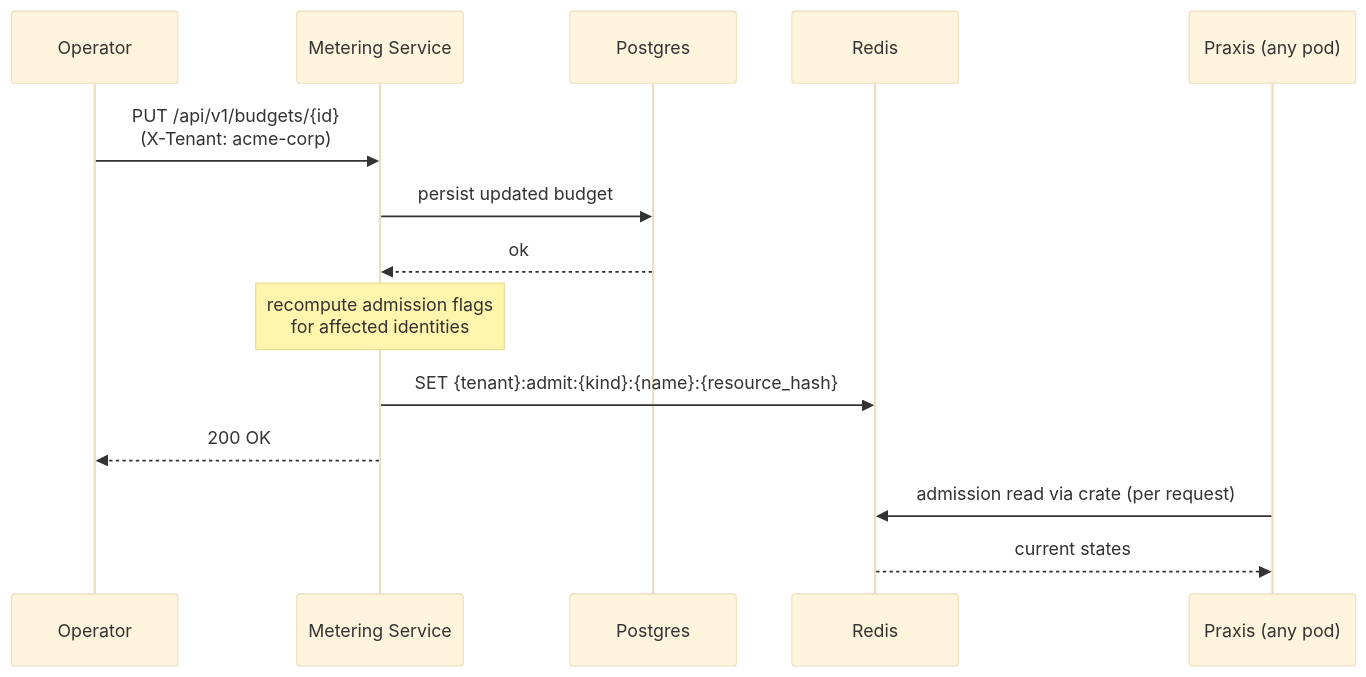
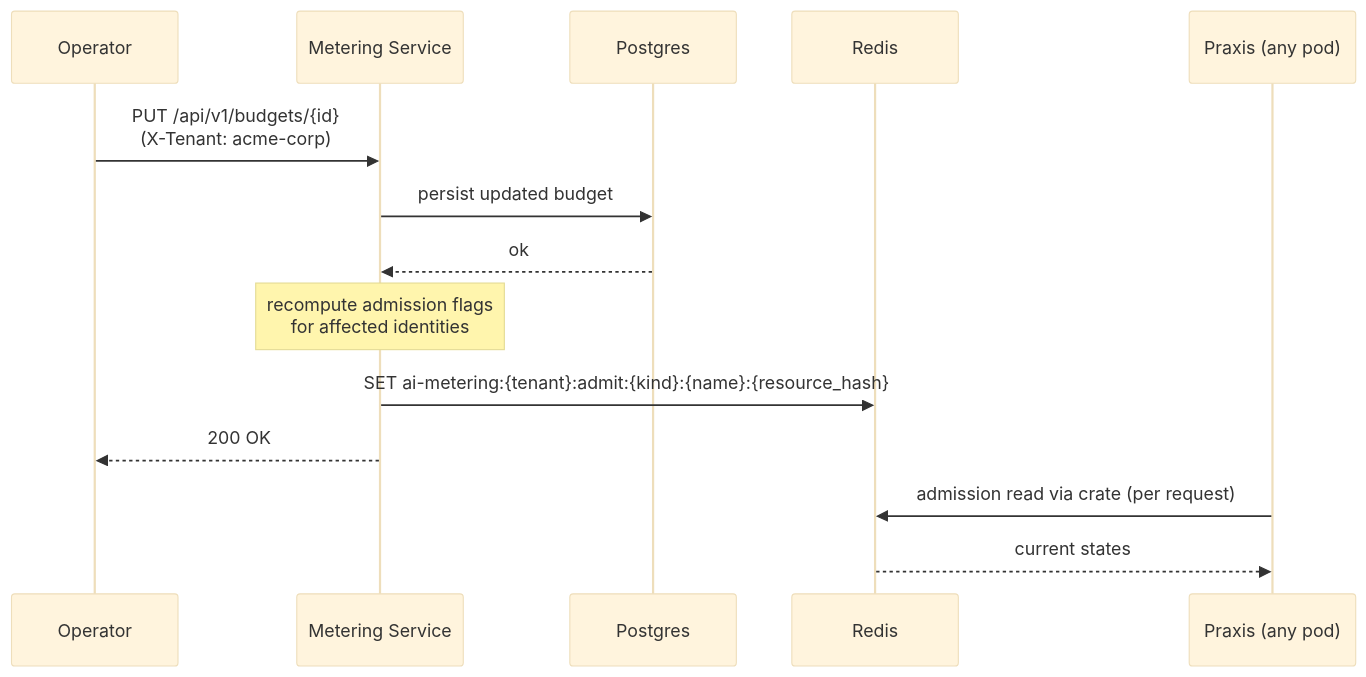
One commit to opendatahub-io/architecture-decision-records changed the third of 5 diagrams in architecture-decision-records/ai-gateway/ODH-ADR-0001-Tokenomics.md. Above: the diagram before and after it, drawn with Mermaid (base theme). The commit also changed other lines of this file, not shown here.

Commit message:
doc: rprefix redis keys with ai-metering.

````diff
--- a/architecture-decision-records/ai-gateway/ODH-ADR-0001-Tokenomics.md
+++ b/architecture-decision-records/ai-gateway/ODH-ADR-0001-Tokenomics.md
@@ -144,18 +144,18 @@
 ```mermaid
 sequenceDiagram
     participant Operator
     participant MeteringService as Metering Service
     participant Postgres
     participant Redis
     participant Praxis as Praxis (any pod)
 
     Operator->>MeteringService: PUT /api/v1/budgets/{id}<br>(X-Tenant: acme-corp)
     MeteringService->>Postgres: persist updated budget
     Postgres-->>MeteringService: ok
     Note over MeteringService: recompute admission flags<br>for affected identities
-    MeteringService->>Redis: SET {tenant}:admit:{kind}:{name}:{resource_hash}
+    MeteringService->>Redis: SET ai-metering:{tenant}:admit:{kind}:{name}:{resource_hash}
     MeteringService-->>Operator: 200 OK
 
     Praxis->>Redis: admission read via crate (per request)
     Redis-->>Praxis: current states
 ```
````
